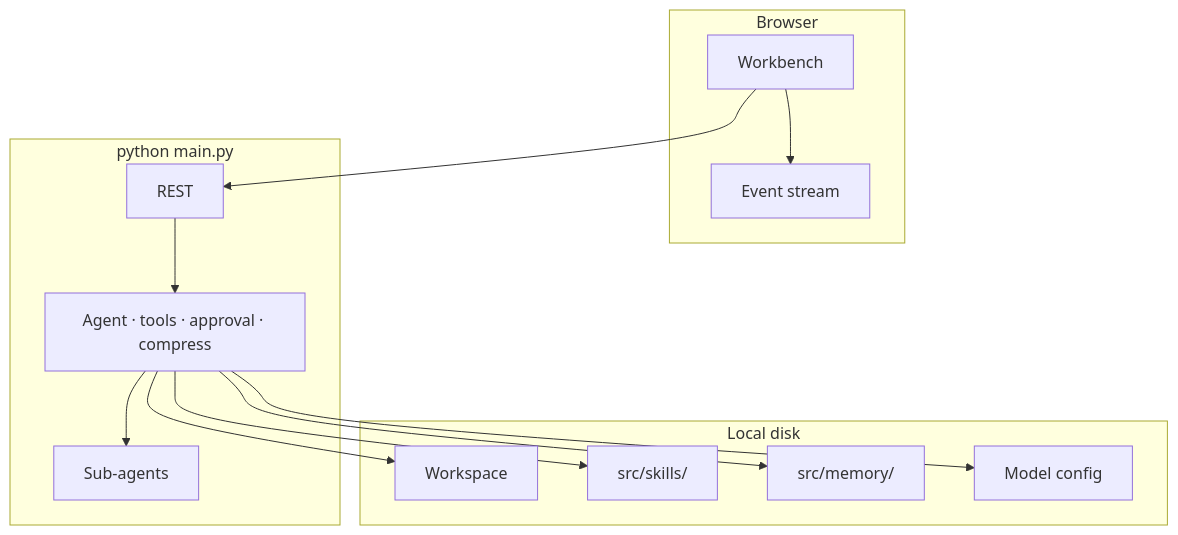
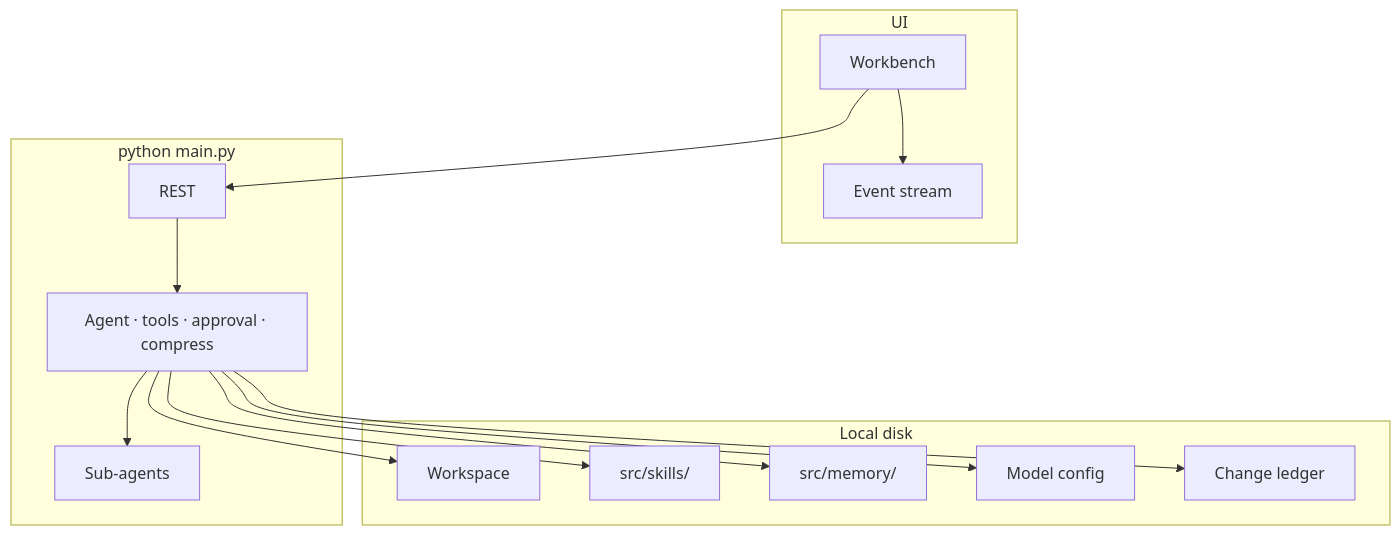
One commit to GQQI/SideKick changed the diagram in README.en.md. Above: the diagram before and after it, drawn with Mermaid. The commit also changed other lines of this file and 96 other files, not shown here.

````diff
--- a/README.en.md
+++ b/README.en.md
@@ -136,26 +171,28 @@
 ```mermaid
 flowchart TB
-  subgraph Client["Browser"]
+  subgraph Client["UI"]
     UI["Workbench"]
     SSE["Event stream"]
   end
   subgraph Server["python main.py"]
     API["REST"]
     Agent["Agent · tools · approval · compress"]
     Child["Sub-agents"]
   end
   subgraph Disk["Local disk"]
     WS["Workspace"]
     Skills["src/skills/"]
     Memory["src/memory/"]
     Model["Model config"]
+    Ledger["Change ledger"]
   end
   UI --> API
   UI --> SSE
   API --> Agent
   Agent --> Child
   Agent --> WS
   Agent --> Skills
   Agent --> Memory
   Agent --> Model
+  Agent --> Ledger
 ```
````
